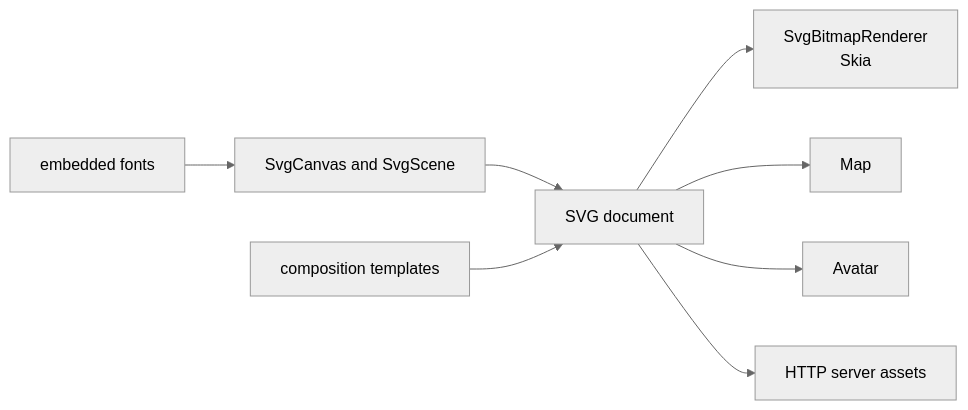
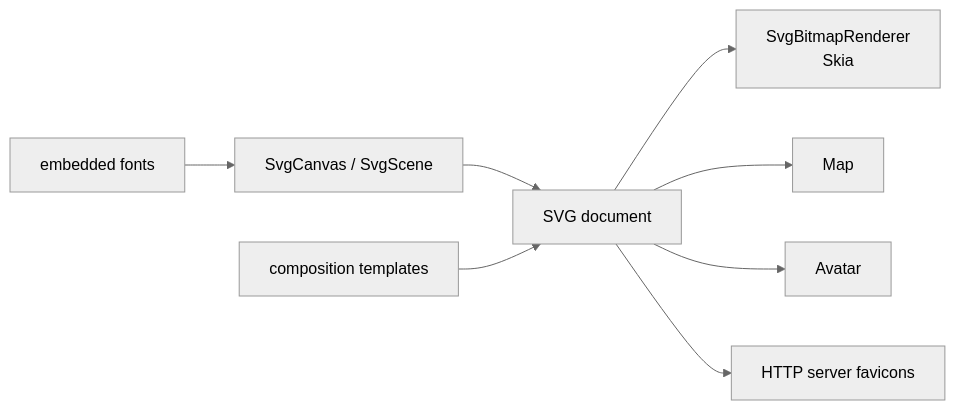
One commit to dosh1974/SysWeaver changed the diagram in SysWeaver.Media.Svg/README.md. Above: the diagram before and after it, drawn with Mermaid (neutral theme). The commit also changed other lines of this file and 532 other files, not shown here.

````diff
--- a/SysWeaver.Media.Svg/README.md
+++ b/SysWeaver.Media.Svg/README.md
@@ -18,10 +18,10 @@
 ```mermaid
 flowchart LR
-  Canvas["SvgCanvas and SvgScene"] --> Svg["SVG document"]
+  Canvas["SvgCanvas / SvgScene"] --> Svg["SVG document"]
   Templates["composition templates"] --> Svg
   Fonts["embedded fonts"] --> Canvas
   Svg --> Render["SvgBitmapRenderer<br/>Skia"]
   Svg --> Map["Map"]
   Svg --> Avatar["Avatar"]
-  Svg --> Http["HTTP server assets"]
+  Svg --> Http["HTTP server favicons"]
 ```
````
